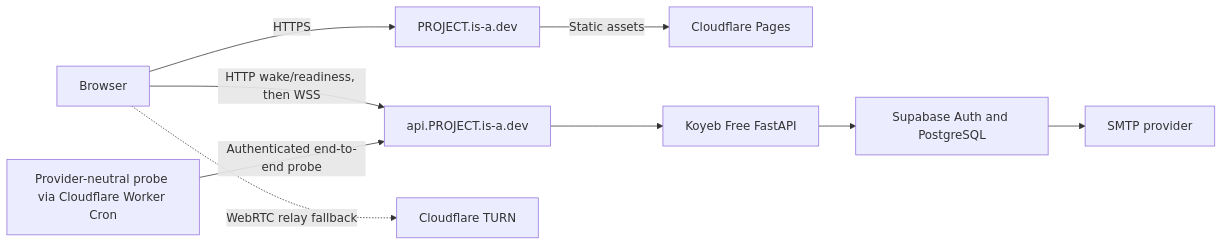
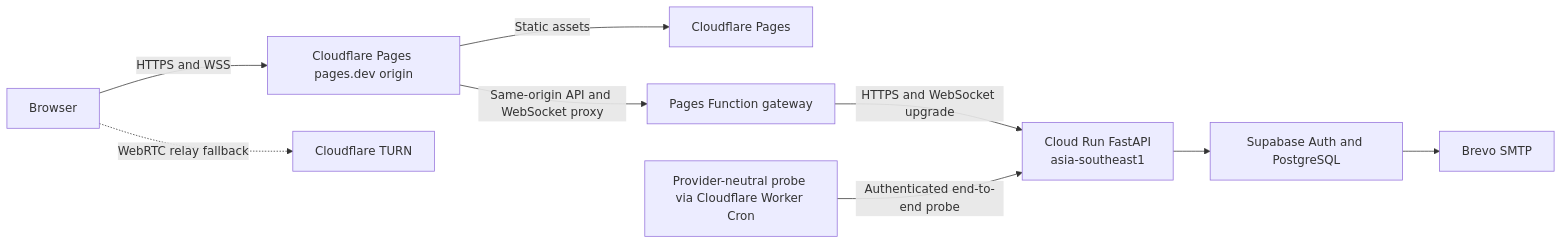
One commit to Vay134/SelfRelay changed the diagram in docs/deployment.md. Above: the diagram before and after it, drawn with Mermaid. The commit also changed other lines of this file and 9 other files, not shown here.

Commit message:
docs(deployment): switch to Cloud Run and Brevo

````diff
--- a/docs/deployment.md
+++ b/docs/deployment.md
@@ -17,11 +17,11 @@
 ```mermaid
 flowchart LR
-    U[Browser] -->|HTTPS| P[PROJECT.is-a.dev]
+    U[Browser] -->|HTTPS and WSS| P[Cloudflare Pages pages.dev origin]
     P -->|Static assets| CF[Cloudflare Pages]
-    U -->|HTTP wake/readiness, then WSS| A[api.PROJECT.is-a.dev]
-    A --> K[Koyeb Free FastAPI]
-    K --> S[Supabase Auth and PostgreSQL]
-    S --> M[SMTP provider]
+    P -->|Same-origin API and WebSocket proxy| G[Pages Function gateway]
+    G -->|HTTPS and WebSocket upgrade| R[Cloud Run FastAPI<br/>asia-southeast1]
+    R --> S[Supabase Auth and PostgreSQL]
+    S --> M[Brevo SMTP]
     U -.->|WebRTC relay fallback| T[Cloudflare TURN]
-    O[Provider-neutral probe via Cloudflare Worker Cron] -->|Authenticated end-to-end probe| A
+    O[Provider-neutral probe via Cloudflare Worker Cron] -->|Authenticated end-to-end probe| R
 ```
````
